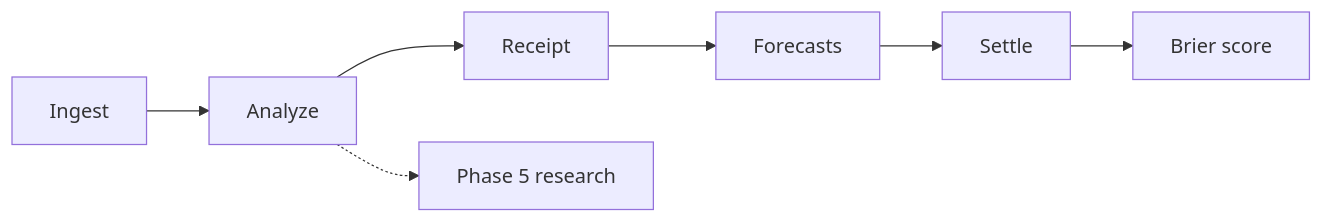
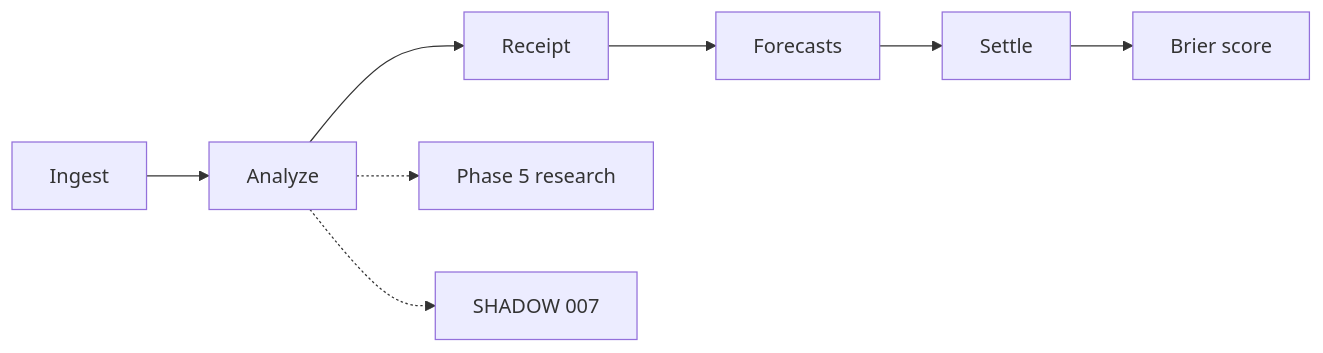
One commit to scrimshawlife-ctrl/Hyperlex changed the diagram in docs/index.md. Above: the diagram before and after it, drawn with Mermaid. The commit also changed other lines of this file and 26 other files, not shown here.

````diff
--- a/docs/index.md
+++ b/docs/index.md
@@ -23,9 +23,10 @@
 ```mermaid
 flowchart LR
   A[Ingest] --> B[Analyze]
   B --> C[Receipt]
   C --> D[Forecasts]
   D --> E[Settle]
   E --> F[Brier score]
   B -.-> G[Phase 5 research]
+  B -.-> H[SHADOW 007]
 ```
````
